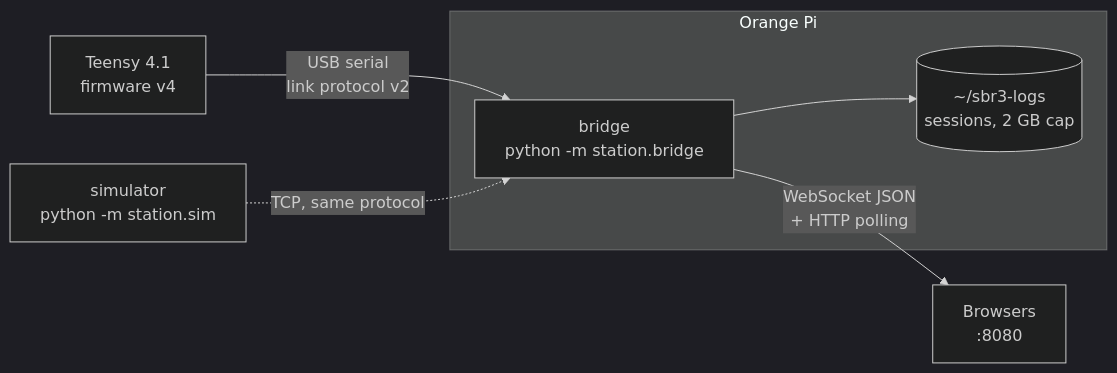
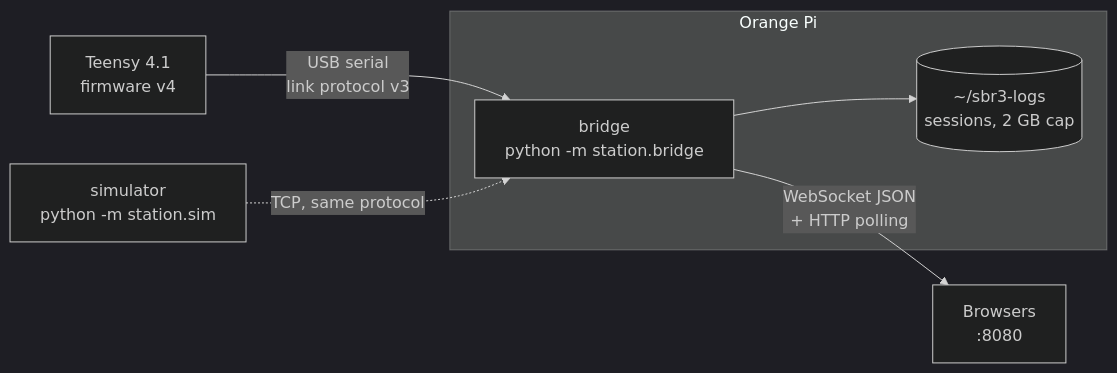
Before and after one commit to nespotts/self_balancing_robot_3: the first of 2 diagrams in station/README.md, drawn with Mermaid (dark theme). The commit also changed 3 other files, not shown here.

````diff
--- a/station/README.md
+++ b/station/README.md
@@ -14,9 +14,9 @@
 ```mermaid
 flowchart LR
-  T[Teensy 4.1<br>firmware v4] -- "USB serial<br>link protocol v2" --> B
+  T[Teensy 4.1<br>firmware v4] -- "USB serial<br>link protocol v3" --> B
   subgraph Pi[Orange Pi]
     B[bridge<br>python -m station.bridge] --> L[(~/sbr3-logs<br>sessions, 2 GB cap)]
   end
   B -- "WebSocket JSON<br>+ HTTP polling" --> W[Browsers<br>:8080]
   S[simulator<br>python -m station.sim] -. "TCP, same protocol" .-> B
 ```
````
